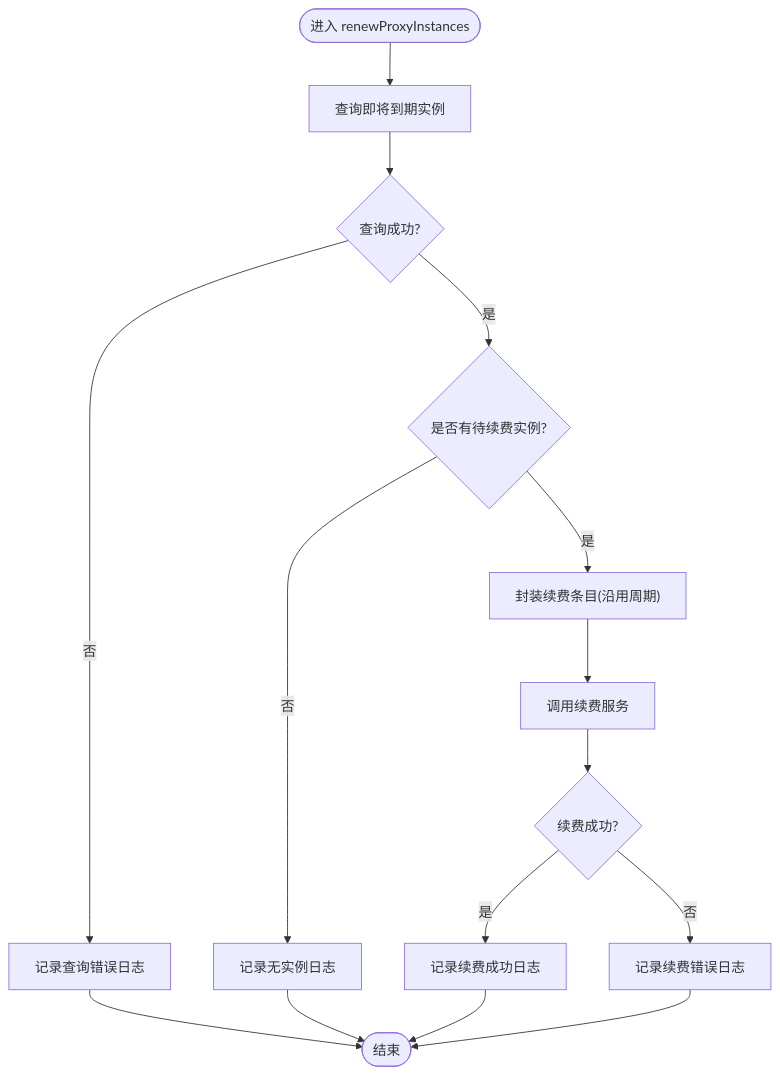
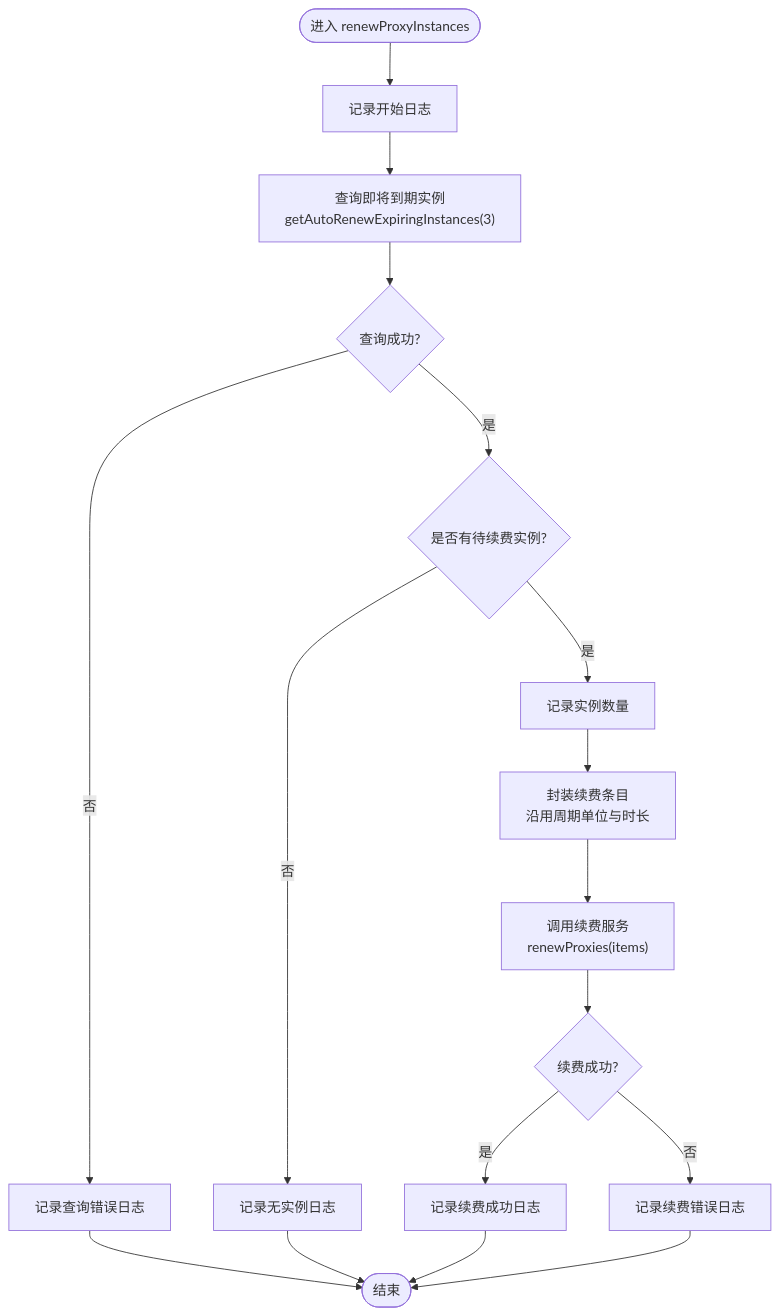
Before and after one commit to liaowenxiong/link-fast: the fourth of 6 diagrams in .qoder/repowiki/zh/content/业务逻辑实现/定时任务实现.md, drawn with Mermaid. The commit also changed other lines of this file and 9 other files, not shown here.

````diff
--- a/.qoder/repowiki/zh/content/业务逻辑实现/定时任务实现.md
+++ b/.qoder/repowiki/zh/content/业务逻辑实现/定时任务实现.md
@@ -231,13 +250,14 @@
 ```mermaid
 flowchart TD
-Start(["进入 renewProxyInstances"]) --> Query["查询即将到期实例"]
+Start(["进入 renewProxyInstances"]) --> LogStart["记录开始日志"]
+LogStart --> Query["查询即将到期实例<br/>getAutoRenewExpiringInstances(3)"]
 Query --> QueryOk{"查询成功?"}
 QueryOk --> |否| LogQErr["记录查询错误日志"] --> End(["结束"])
 QueryOk --> |是| HasData{"是否有待续费实例?"}
 HasData --> |否| LogNone["记录无实例日志"] --> End
-HasData --> |是| BuildItems["封装续费条目(沿用周期)"]
-BuildItems --> Renew["调用续费服务"]
+HasData --> |是| LogCount["记录实例数量"] --> MapItems["封装续费条目<br/>沿用周期单位与时长"]
+MapItems --> Renew["调用续费服务<br/>renewProxies(items)"]
 Renew --> RenewOk{"续费成功?"}
 RenewOk --> |是| LogDone["记录续费成功日志"] --> End
 RenewOk --> |否| LogRErr["记录续费错误日志"] --> End
 ```
````
